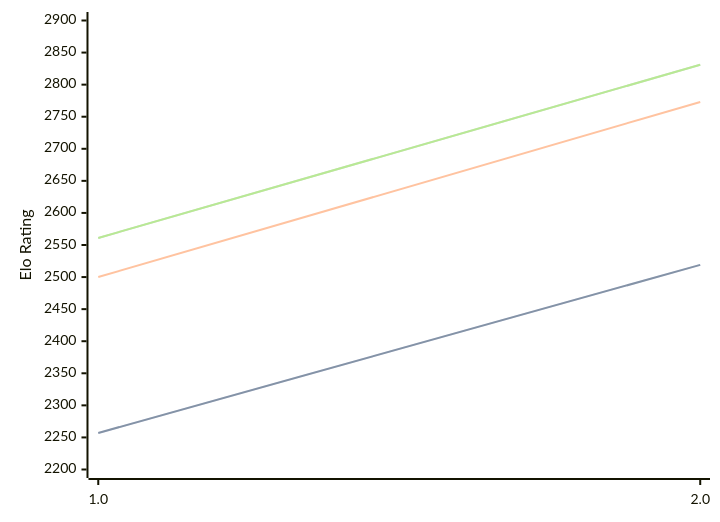
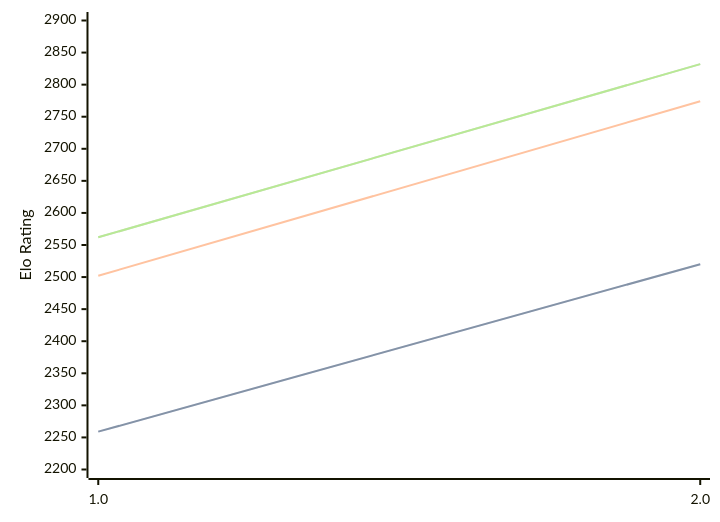
One commit to computer-chess-index/cci changed the diagram in engines/Revolver.md. Above: the diagram before and after it, drawn with Mermaid. The commit also changed other lines of this file, not shown here.

Commit message:
Update CCI Ratings (ELO VLTC) - 2026-09-01

````diff
--- a/engines/Revolver.md
+++ b/engines/Revolver.md
@@ -32,11 +32,11 @@
 ```mermaid
 %%{init: {"theme":"base","themeVariables":{"seriesColors:['#a3a3a3','#222221','#faa371']}}}%%
 xychart-beta
   x-axis ["1.0", "2.0"]
   y-axis "Elo Rating" 2200 --> 2900
-  line "" [2257, 2519]
-  line "STC (8.0+0.08s)" [2257, 2519]
-  line "LTC (60.0+0.60s)" [2500, 2773]
-  line "" [2561, 2831]
-  line "VLTC (2m24s+1.12s)" [2561, 2831]
+  line "" [2259, 2520]
+  line "STC (8.0+0.08s)" [2259, 2520]
+  line "LTC (60.0+0.60s)" [2502, 2774]
+  line "" [2562, 2832]
+  line "VLTC (2m24s+1.12s)" [2562, 2832]
 ```
````
